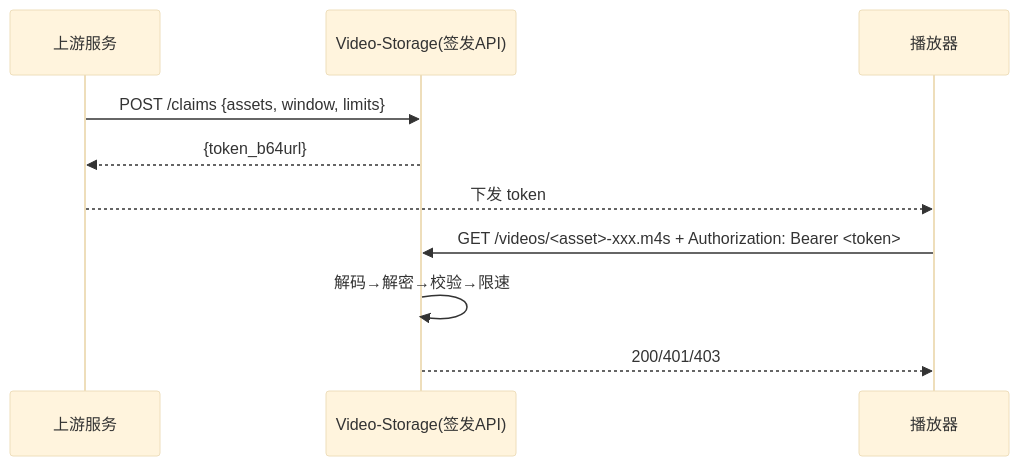
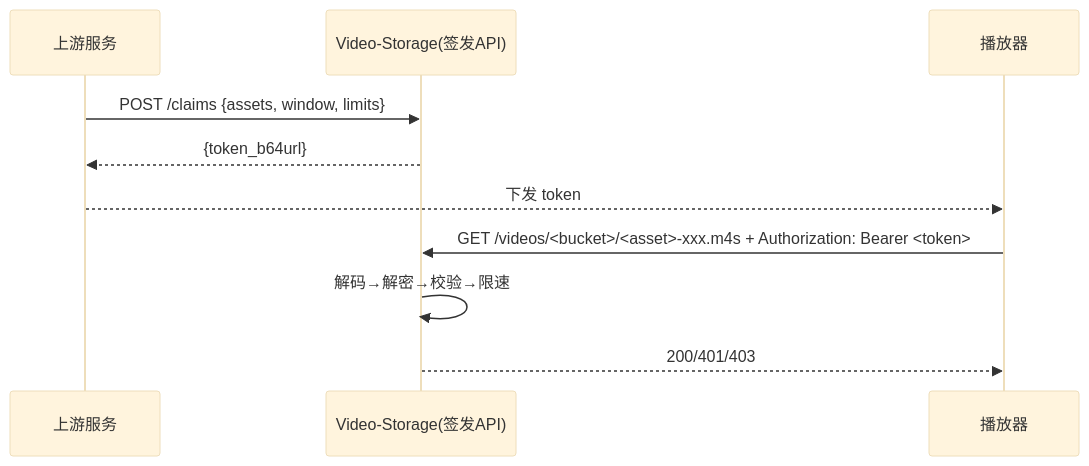
Before and after one commit to tediou5/video-storage: the diagram in docs/claim-zh.md, drawn with Mermaid (base theme). The commit also changed 18 other files, not shown here.

````diff
--- a/docs/claim-zh.md
+++ b/docs/claim-zh.md
@@ -9,13 +9,13 @@
 ```mermaid
 sequenceDiagram
     participant Up as 上游服务
     participant VS as Video-Storage(签发API)
     participant P as 播放器
 
     Up->>VS: POST /claims {assets, window, limits}
     VS-->>Up: {token_b64url}
     Up-->>P: 下发 token
-    P->>VS: GET /videos/<asset>-xxx.m4s + Authorization: Bearer <token>
+    P->>VS: GET /videos/<bucket>/<asset>-xxx.m4s + Authorization: Bearer <token>
     VS->>VS: 解码→解密→校验→限速
     VS-->>P: 200/401/403
 ```
````
